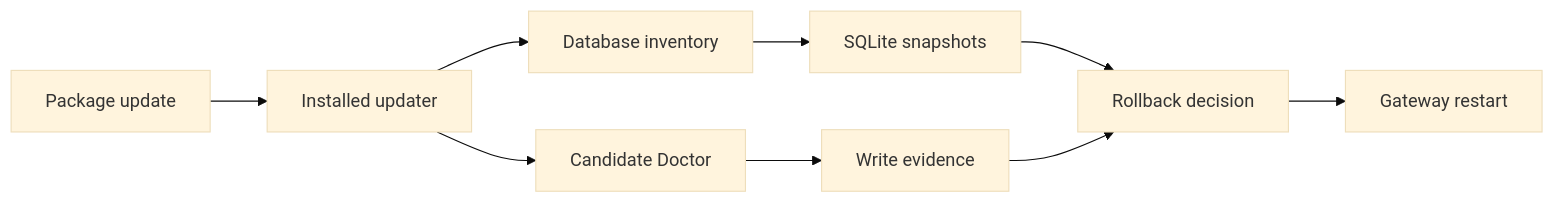
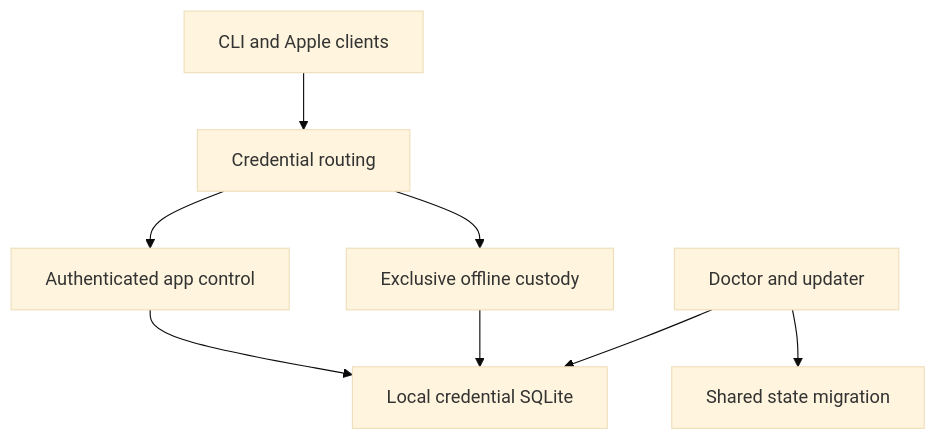
One commit to miguelbranco80/openclaw-bug-origins changed the diagram in fix-origins/clawsweeper/bundles/0090.full.md. Above: the diagram before and after it, drawn with Mermaid (base theme). The commit also changed other lines of this file and 6464 other files, not shown here.

````diff
--- a/fix-origins/clawsweeper/bundles/0090.full.md
+++ b/fix-origins/clawsweeper/bundles/0090.full.md
@@ -44,11 +57,10 @@
 ```mermaid
-flowchart LR
- A[Package update] --> B[Installed updater]
- B --> C[Database inventory]
- C --> D[SQLite snapshots]
- B --> E[Candidate Doctor]
- E --> F[Write evidence]
- D --> G[Rollback decision]
- F --> G
- G --> H[Gateway restart]
+flowchart TD
+  A[CLI and Apple clients] --> B[Credential routing]
+  B --> C[Authenticated app control]
+  B --> D[Exclusive offline custody]
+  C --> E[Local credential SQLite]
+  D --> E
+  F[Doctor and updater] --> E
+  F --> G[Shared state migration]
 ```
````
